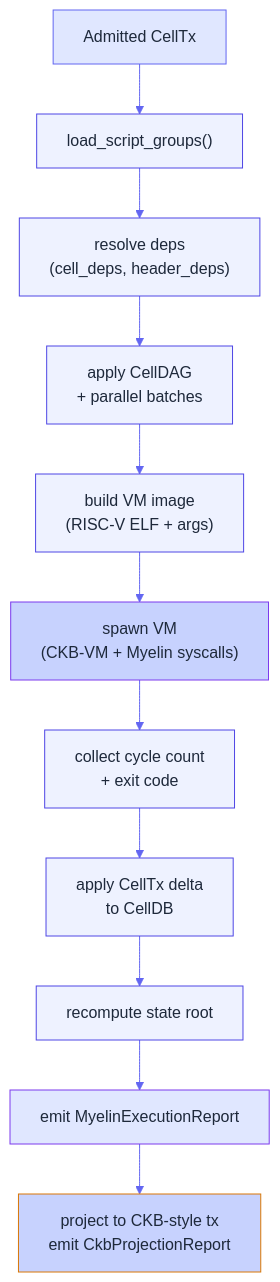
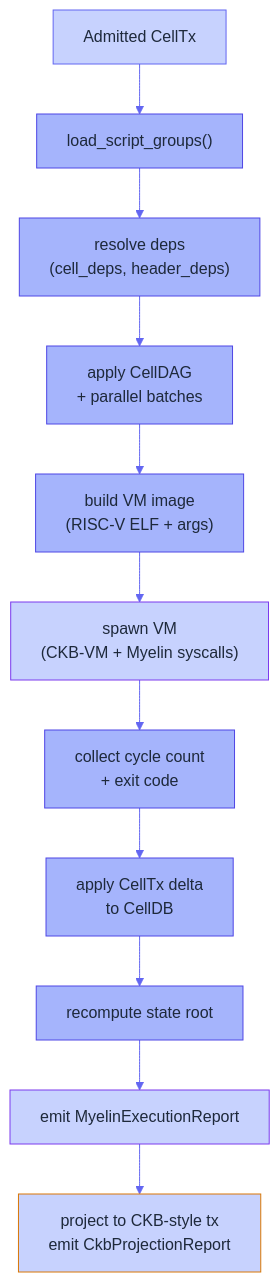
Before and after one commit to Myelin-Labs/Myelin: the diagram in docs/architecture/exec-pipeline.md, drawn with Mermaid. The commit also changed 31 other files, not shown here.

````diff
--- a/docs/architecture/exec-pipeline.md
+++ b/docs/architecture/exec-pipeline.md
@@ -10,33 +10,33 @@
 ```mermaid
 %%{init: {
   "theme": "base",
   "themeVariables": {
-    "primaryColor": "#EEF2FF",
+    "primaryColor": "#A5B4FC",
     "primaryTextColor": "#1E293B",
     "primaryBorderColor": "#4F46E5",
     "lineColor": "#6366F1",
-    "secondaryColor": "#E0E7FF",
+    "secondaryColor": "#C7D2FE",
     "tertiaryColor": "#C7D2FE"
   }
 }}%%
 flowchart TB
     A["Admitted CellTx"]:::in
     B["load_script_groups()"]:::stage
     C["resolve deps<br/>(cell_deps, header_deps)"]:::stage
     D["apply CellDAG<br/>+ parallel batches"]:::stage
     E["build VM image<br/>(RISC-V ELF + args)"]:::stage
     F["spawn VM<br/>(CKB-VM + Myelin syscalls)"]:::vm
     G["collect cycle count<br/>+ exit code"]:::stage
     H["apply CellTx delta<br/>to CellDB"]:::stage
     I["recompute state root"]:::stage
     J["emit MyelinExecutionReport"]:::out
 
     A --> B --> C --> D --> E --> F --> G --> H --> I --> J
     J --> K["project to CKB-style tx<br/>emit CkbProjectionReport"]:::proj
 
-    classDef in    fill:#E0E7FF,stroke:#6366F1,color:#1E293B;
-    classDef stage fill:#EEF2FF,stroke:#4F46E5,color:#1E293B;
+    classDef in    fill:#C7D2FE,stroke:#6366F1,color:#1E293B;
+    classDef stage fill:#A5B4FC,stroke:#4F46E5,color:#1E293B;
     classDef vm    fill:#C7D2FE,stroke:#7C3AED,color:#1E293B;
-    classDef out   fill:#E0E7FF,stroke:#7C3AED,color:#1E293B;
+    classDef out   fill:#C7D2FE,stroke:#7C3AED,color:#1E293B;
     classDef proj  fill:#C7D2FE,stroke:#D97706,color:#1E293B;
 ```
````
